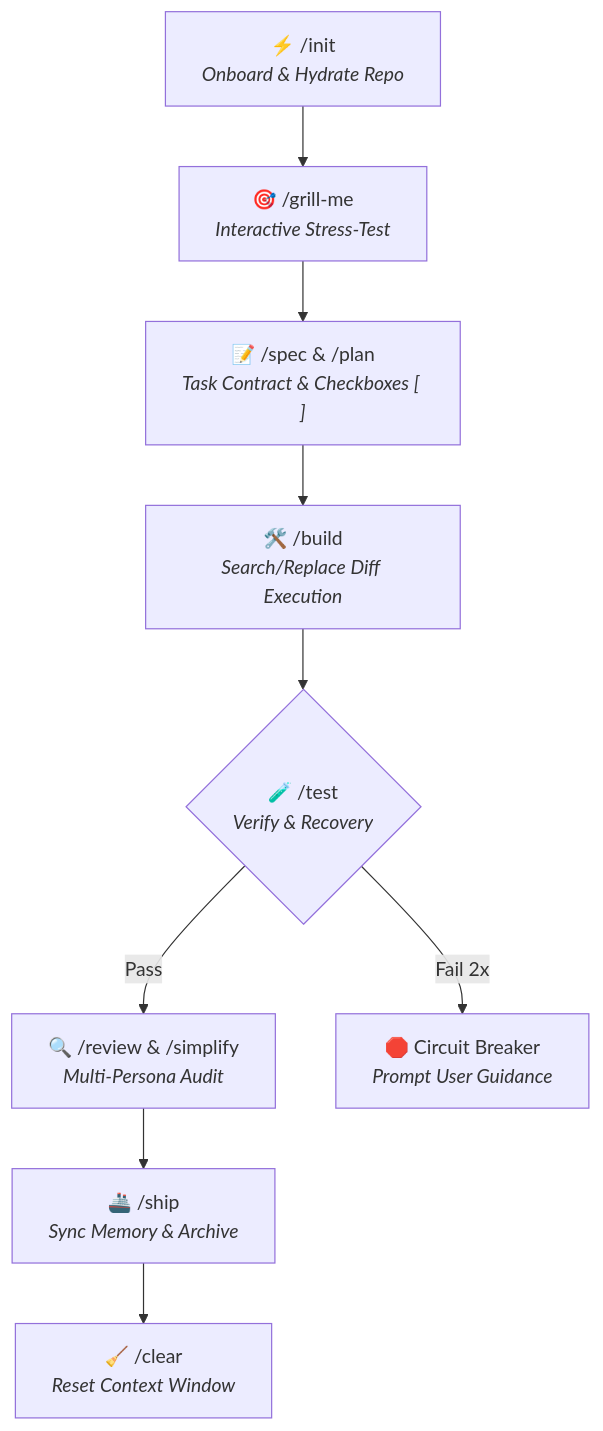
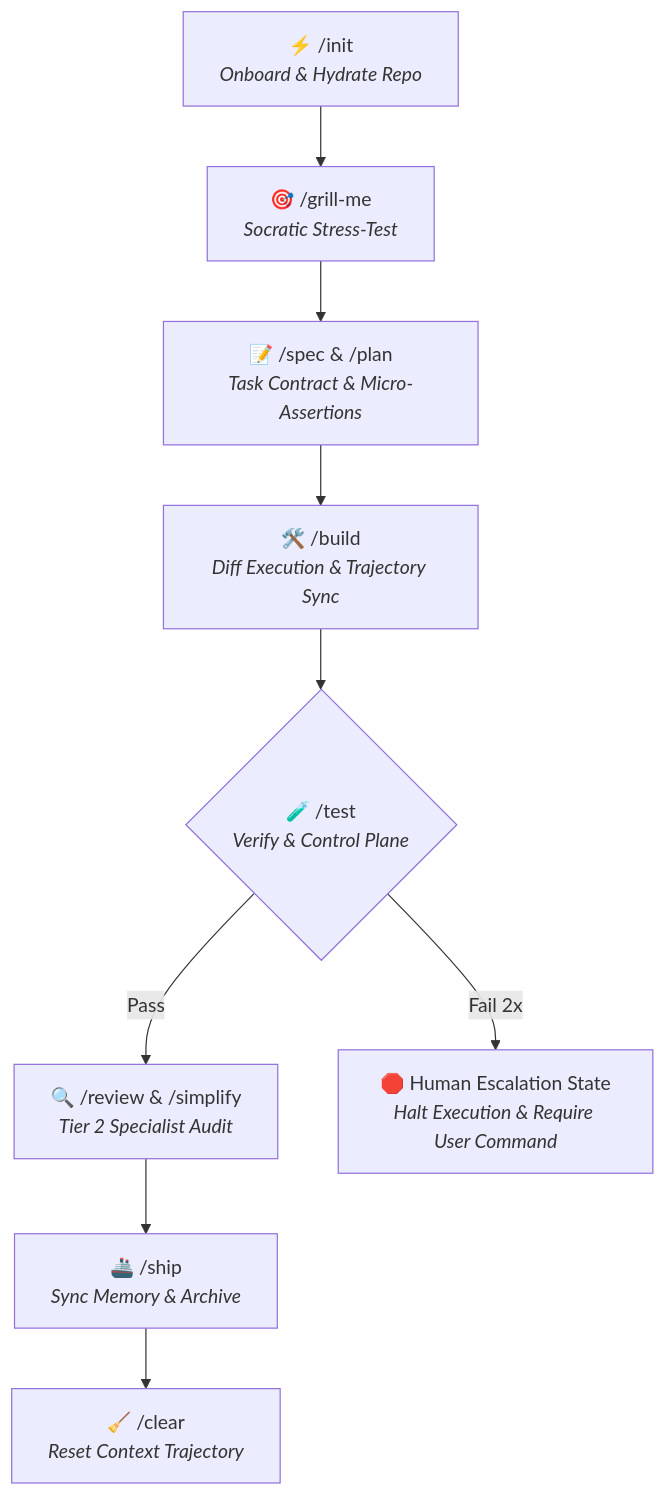
Before and after one commit to EurusDevSec/agent-optimize: the diagram in README.md, drawn with Mermaid. The commit also changed other lines of this file and 6 other files, not shown here.

Commit message:
Upgrade system to eurus-agent v2.0: Three-Tier Codified Context, Trajectory Synchronization, Deterministic Control Plane Escalation, and updated README with 5 paper references

````diff
--- a/README.md
+++ b/README.md
@@ -23,13 +23,13 @@
 ```mermaid
 flowchart TD
-    Init["⚡ /init<br/><i>Onboard & Hydrate Repo</i>"] --> Grill["🎯 /grill-me<br/><i>Interactive Stress-Test</i>"]
-    Grill --> Spec["📝 /spec & /plan<br/><i>Task Contract & Checkboxes [ ]</i>"]
-    Spec --> Build["🛠️ /build<br/><i>Search/Replace Diff Execution</i>"]
-    Build --> Test{"🧪 /test<br/><i>Verify & Recovery</i>"}
+    Init["⚡ /init<br/><i>Onboard & Hydrate Repo</i>"] --> Grill["🎯 /grill-me<br/><i>Socratic Stress-Test</i>"]
+    Grill --> Spec["📝 /spec & /plan<br/><i>Task Contract & Micro-Assertions</i>"]
+    Spec --> Build["🛠️ /build<br/><i>Diff Execution & Trajectory Sync</i>"]
+    Build --> Test{"🧪 /test<br/><i>Verify & Control Plane</i>"}
     
-    Test -- Pass --> Review["🔍 /review & /simplify<br/><i>Multi-Persona Audit</i>"]
-    Test -- Fail 2x --> Stop["🛑 Circuit Breaker<br/><i>Prompt User Guidance</i>"]
+    Test -- Pass --> Review["🔍 /review & /simplify<br/><i>Tier 2 Specialist Audit</i>"]
+    Test -- Fail 2x --> Escalation["🛑 Human Escalation State<br/><i>Halt Execution & Require User Command</i>"]
     
     Review --> Ship["🚢 /ship<br/><i>Sync Memory & Archive</i>"]
-    Ship --> Clear["🧹 /clear<br/><i>Reset Context Window</i>"]
+    Ship --> Clear["🧹 /clear<br/><i>Reset Context Trajectory</i>"]
 ```
````
